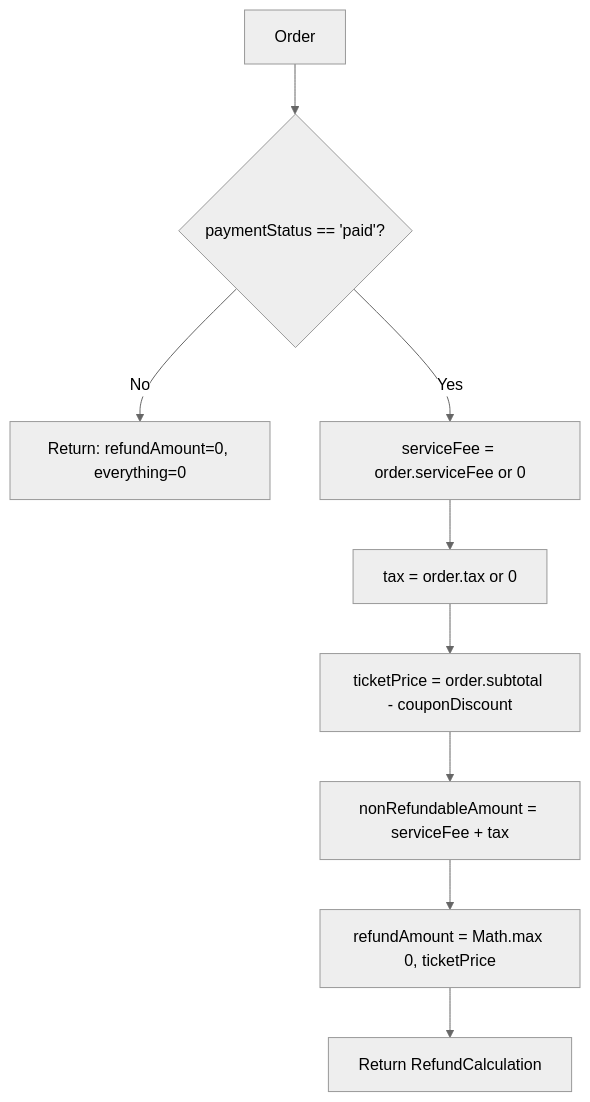
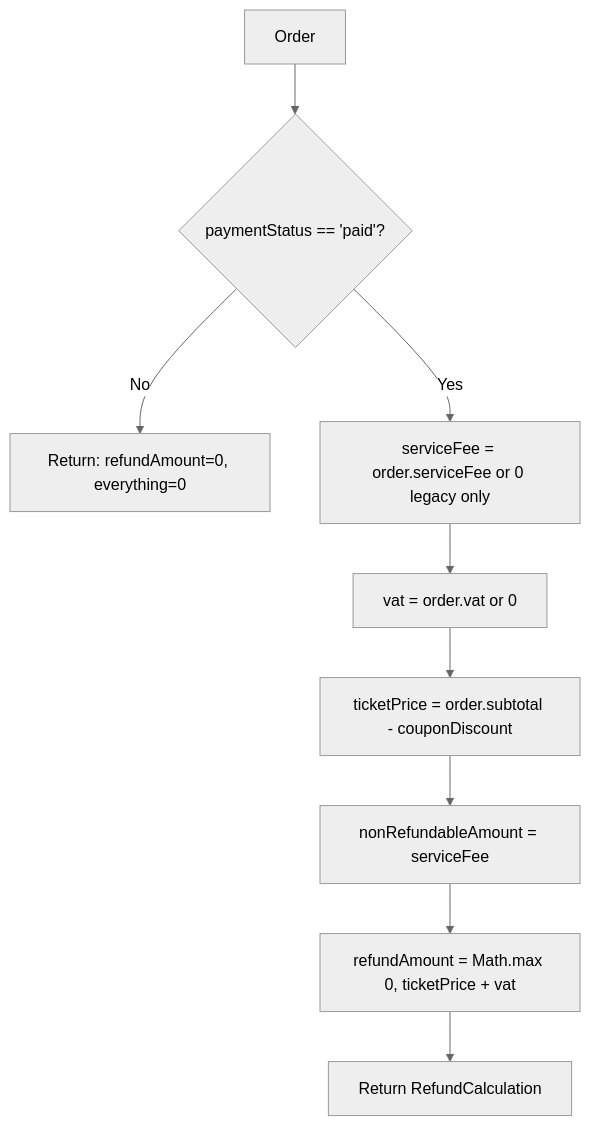
The first of 3 diagrams in doc/api/flow-refund.md (EshaanManchanda/GEMA-Project), drawn with Mermaid (neutral theme) before and after one commit. The commit also changed other lines of this file and 66 other files, not shown here.

First line of the commit message:
refactor(pricing): rename tax to VAT, drop service fee from new transactions

````diff
--- a/doc/api/flow-refund.md
+++ b/doc/api/flow-refund.md
@@ -23,11 +23,11 @@
 ```mermaid
 flowchart TD
     A[Order] --> B{paymentStatus == 'paid'?}
     B -->|No| C[Return: refundAmount=0, everything=0]
-    B -->|Yes| D[serviceFee = order.serviceFee or 0]
-    D --> E[tax = order.tax or 0]
+    B -->|Yes| D[serviceFee = order.serviceFee or 0 legacy only]
+    D --> E[vat = order.vat or 0]
     E --> F[ticketPrice = order.subtotal - couponDiscount]
-    F --> G[nonRefundableAmount = serviceFee + tax]
-    G --> H[refundAmount = Math.max 0, ticketPrice]
+    F --> G[nonRefundableAmount = serviceFee]
+    G --> H[refundAmount = Math.max 0, ticketPrice + vat]
     H --> I[Return RefundCalculation]
 ```
````
